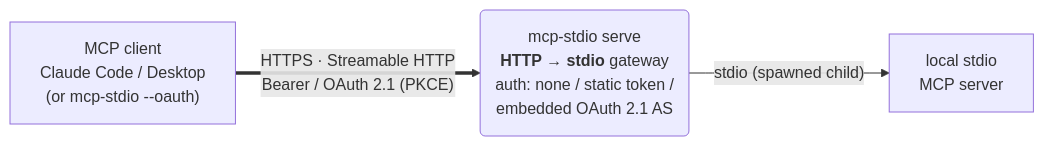
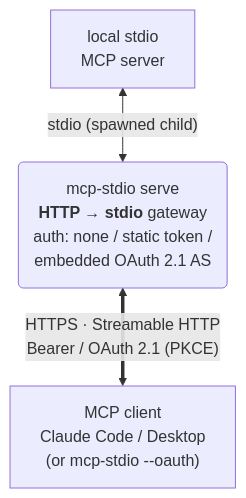
Before and after one commit to shigechika/mcp-stdio: the second of 2 diagrams in README.md, drawn with Mermaid. The commit also changed 1 other file, not shown here.

Commit message:
docs: lay out the serve diagram top-to-bottom (BT), MCP server on top
Matches the client-side diagram at the top of the README and avoids the
GitHub mermaid zoom control overlapping a wide LR layout on the right.

````diff
--- a/README.md
+++ b/README.md
@@ -230,8 +230,8 @@
 ```mermaid
-flowchart LR
+flowchart BT
     A["MCP client<br>Claude Code / Desktop<br>(or mcp-stdio --oauth)"]
     B("mcp-stdio serve<br><b>HTTP → stdio</b> gateway<br>auth: none / static token /<br>embedded OAuth 2.1 AS")
     C["local stdio<br>MCP server"]
-    A == "HTTPS · Streamable HTTP<br>Bearer / OAuth 2.1 (PKCE)" ==> B
-    B -- "stdio (spawned child)" --> C
+    A <== "HTTPS · Streamable HTTP<br>Bearer / OAuth 2.1 (PKCE)" ==> B
+    B <-- "stdio (spawned child)" --> C
 ```
````
